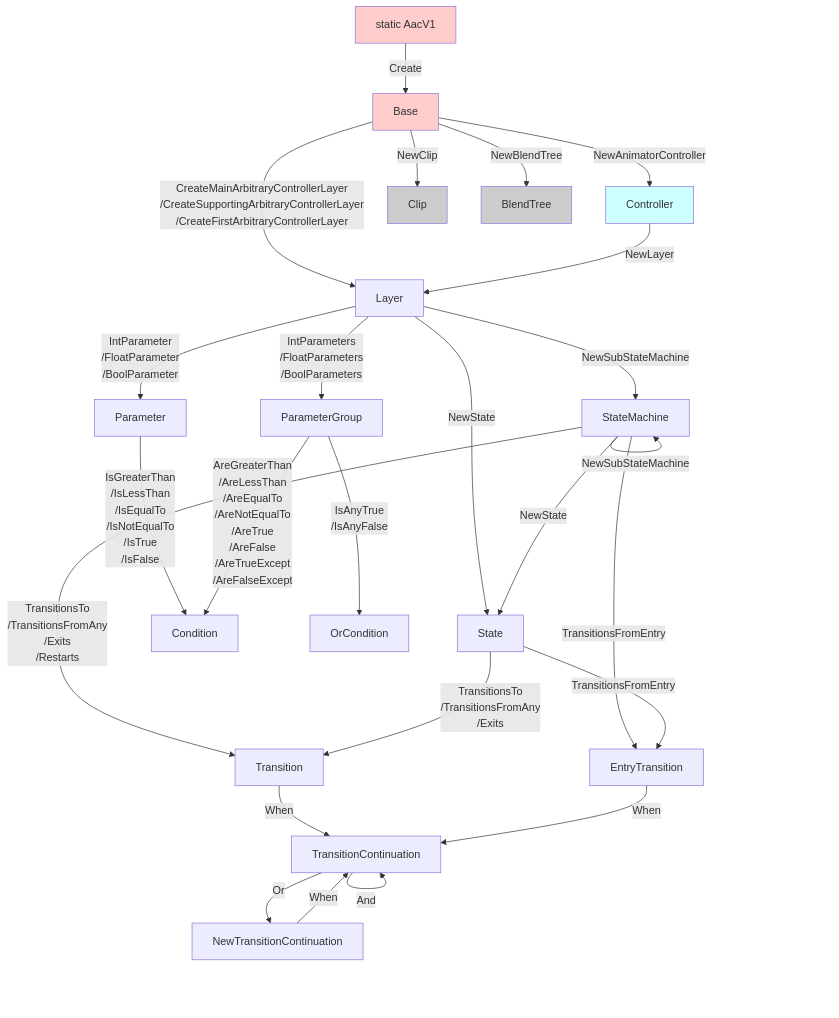
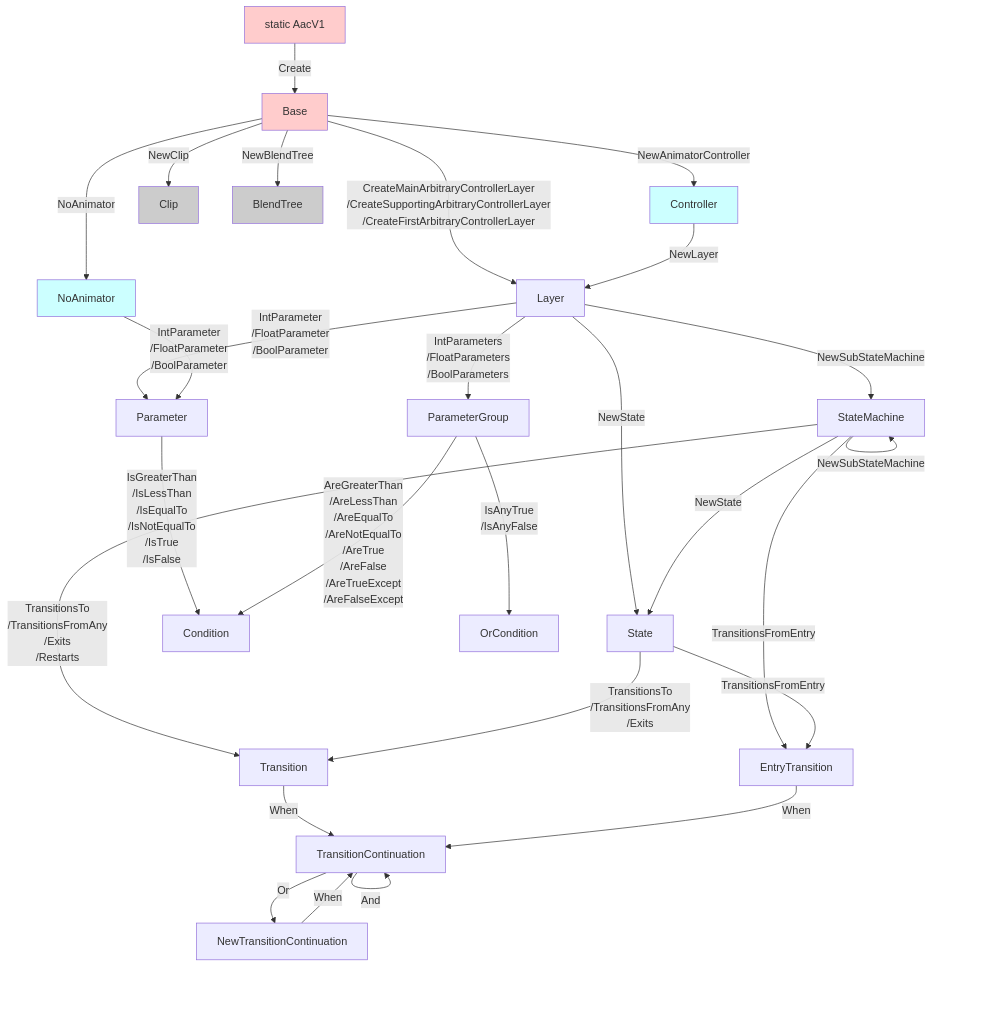
One commit to hai-vr/documentation changed the first of 2 diagrams in docs/products/animator-as-code/functions/base.md. Above: the diagram before and after it, drawn with Mermaid. The commit also changed other lines of this file and 1 other file, not shown here.

````diff
--- a/docs/products/animator-as-code/functions/base.md
+++ b/docs/products/animator-as-code/functions/base.md
@@ -18,34 +18,37 @@
 ```mermaid
 graph TD;
     AacV1[static AacV1]:::roots-->|Create|Base:::roots;
     Base-->|CreateMainArbitraryControllerLayer<br>/CreateSupportingArbitraryControllerLayer<br>/CreateFirstArbitraryControllerLayer|Layer;
 
     Base-->|NewAnimatorController|Controller:::focus;
     Controller-->|NewLayer|Layer;
     Layer-->|NewState|State;
     Layer-->|NewSubStateMachine|StateMachine;
     StateMachine-->|NewSubStateMachine|StateMachine;
     StateMachine-->|NewState|State;
     StateMachine-->|TransitionsTo<br>/TransitionsFromAny<br>/Exits<br>/Restarts|Transition;
     StateMachine-->|TransitionsFromEntry|EntryTransition;
     State-->|TransitionsTo<br>/TransitionsFromAny<br>/Exits|Transition;
     State-->|TransitionsFromEntry|EntryTransition;
     Transition-->|When|TransitionContinuation;
     EntryTransition-->|When|TransitionContinuation;
     TransitionContinuation-->|And|TransitionContinuation;
     TransitionContinuation-->|Or|NewTransitionContinuation;
     NewTransitionContinuation-->|When|TransitionContinuation;
     
     Layer-->|IntParameter<br>/FloatParameter<br>/BoolParameter|Parameter;
     Parameter-->|IsGreaterThan<br>/IsLessThan<br>/IsEqualTo<br>/IsNotEqualTo<br>/IsTrue<br>/IsFalse|Condition;
     Layer-->|IntParameters<br>/FloatParameters<br>/BoolParameters|ParameterGroup;
     ParameterGroup-->|AreGreaterThan<br>/AreLessThan<br>/AreEqualTo<br>/AreNotEqualTo<br>/AreTrue<br>/AreFalse<br>/AreTrueExcept<br>/AreFalseExcept|Condition;
     ParameterGroup-->|IsAnyTrue<br>/IsAnyFalse<br>|OrCondition;
     
+    NoAnimator-->|IntParameter<br>/FloatParameter<br>/BoolParameter|Parameter;
+    
     Base-->|NewClip|Clip:::disabled;
     Base-->|NewBlendTree|BlendTree:::disabled;
+    Base-->|NoAnimator|NoAnimator:::focus;
     
     classDef disabled fill:#CCC
     classDef roots fill:#FCC
     classDef focus fill:#CFF
 ```
````
